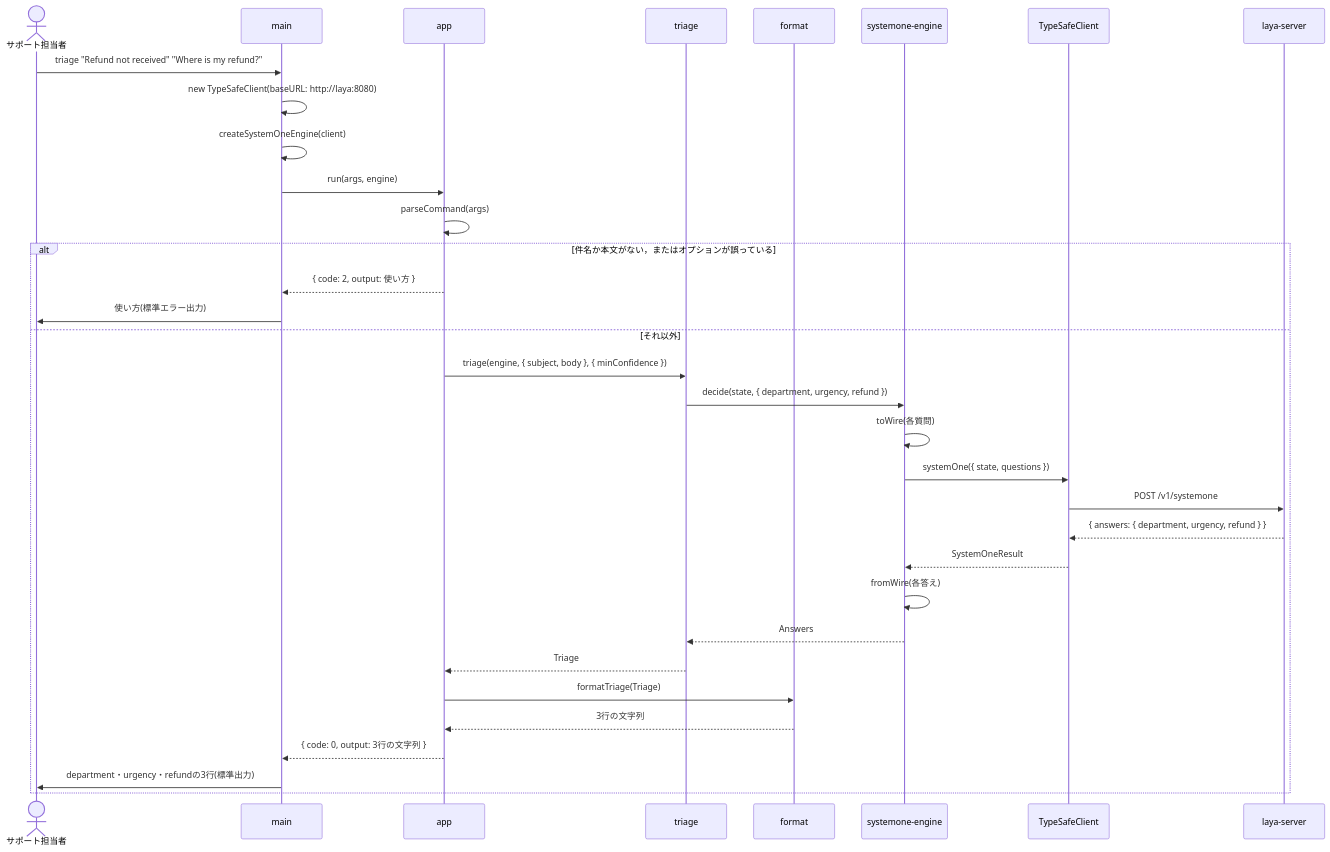
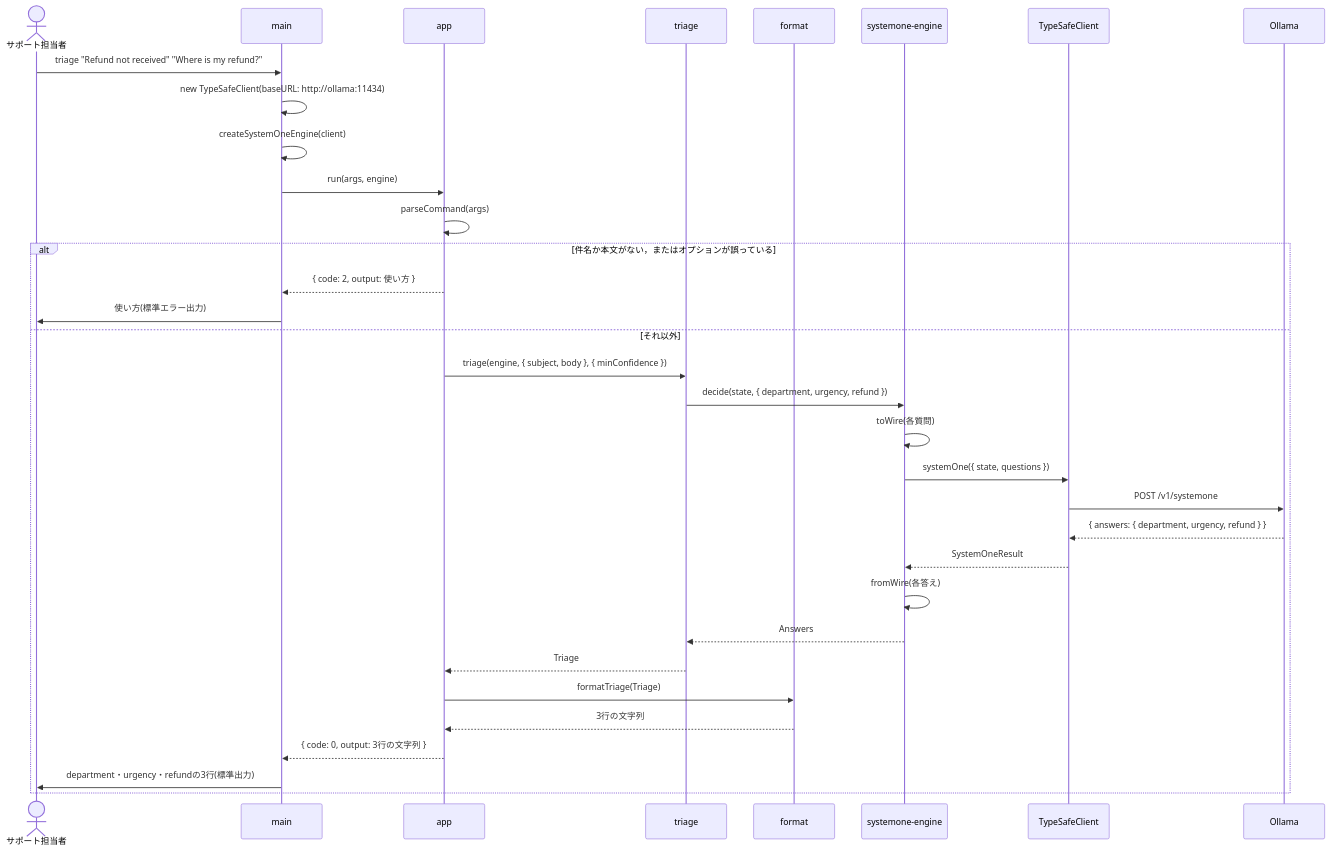
The diagram in iterations/iteration-5/exercise/design/05-sequence.md (enunun/systemone-handson), drawn with Mermaid before and after one commit. The commit also changed 184 other files, not shown here.

````diff
--- a/iterations/iteration-5/exercise/design/05-sequence.md
+++ b/iterations/iteration-5/exercise/design/05-sequence.md
@@ -5,35 +5,35 @@
 ```mermaid
 sequenceDiagram
   actor user as サポート担当者
   participant main as main
   participant app as app
   participant triage as triage
   participant format as format
   participant adapter as systemone-engine
   participant client as TypeSafeClient
-  participant engine as laya-server
+  participant engine as Ollama
   user->>main: triage "Refund not received" "Where is my refund?"
-  main->>main: new TypeSafeClient(baseURL: http://laya:8080)
+  main->>main: new TypeSafeClient(baseURL: http://ollama:11434)
   main->>main: createSystemOneEngine(client)
   main->>app: run(args, engine)
   app->>app: parseCommand(args)
   alt 件名か本文がない，またはオプションが誤っている
     app-->>main: { code: 2, output: 使い方 }
     main->>user: 使い方(標準エラー出力)
   else それ以外
     app->>triage: triage(engine, { subject, body }, { minConfidence })
     triage->>adapter: decide(state, { department, urgency, refund })
     adapter->>adapter: toWire(各質問)
     adapter->>client: systemOne({ state, questions })
     client->>engine: POST /v1/systemone
     engine-->>client: { answers: { department, urgency, refund } }
     client-->>adapter: SystemOneResult
     adapter->>adapter: fromWire(各答え)
     adapter-->>triage: Answers
     triage-->>app: Triage
     app->>format: formatTriage(Triage)
     format-->>app: 3行の文字列
     app-->>main: { code: 0, output: 3行の文字列 }
     main->>user: department・urgency・refundの3行(標準出力)
   end
 ```
````
